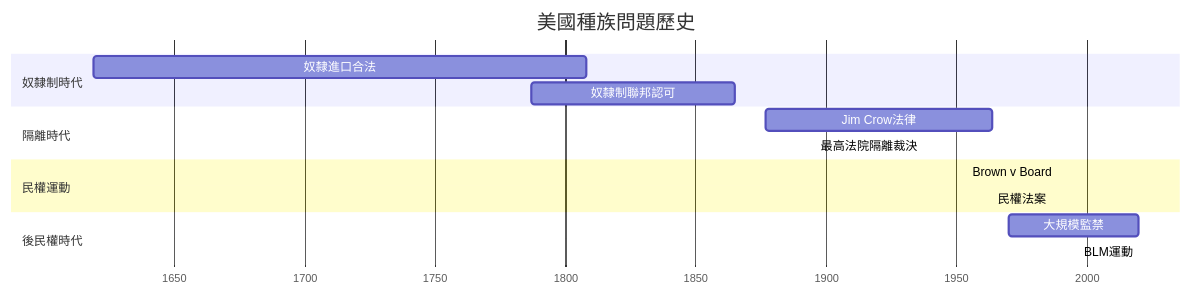
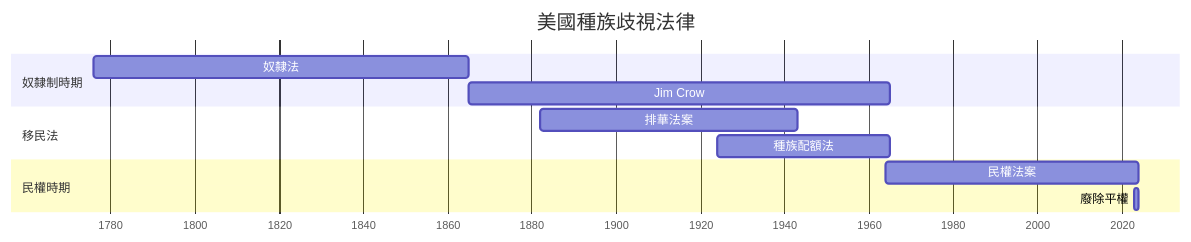
The sixth of 10 diagrams in 01_HKU_Courses/HIST2161_Making_Race.md (yip-lgtm/HKU-Harvard-History-Self-Study), drawn with Mermaid before and after one commit. The commit also changed other lines of this file and 7 other files, not shown here.

````diff
--- a/01_HKU_Courses/HIST2161_Making_Race.md
+++ b/01_HKU_Courses/HIST2161_Making_Race.md
@@ -223,18 +278,15 @@
 ```mermaid
 gantt
-    title 美國種族問題歷史
+    title 美國種族歧視法律
     dateFormat  YYYY
     axisFormat  %Y
-    section 奴隸制時代
-    奴隸進口合法    :1619, 1808
-    奴隸制聯邦認可    :1787, 1865
-    section 隔離時代
-    Jim Crow法律    :1877, 1964
-    最高法院隔離裁決    :1896, 1896
-    section 民權運動
-    Brown v Board    :1954, 1954
-    民權法案    :1964, 1964
-    section 後民權時代
-    大規模監禁    :1970, 2020
-    BLM運動    :2020, 2020
+    section 奴隸制時期
+    奴隸法    :1776, 1865
+    Jim Crow    :1865, 1965
+    section 移民法
+    排華法案    :1882, 1943
+    種族配額法    :1924, 1965
+    section 民權時期
+    民權法案    :1964, 2024
+    廢除平權    :2023, 2024
 ```
````
